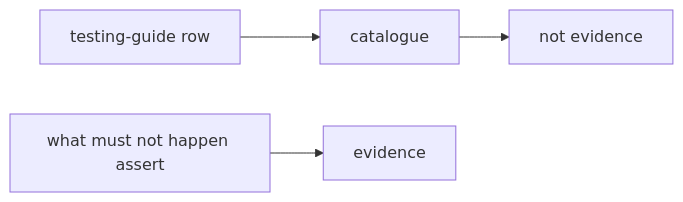
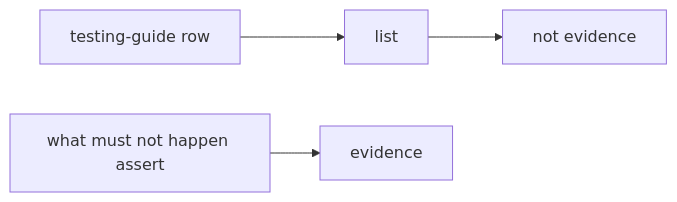
Before and after one commit to ishitvagoel/LearnSecurity: the second of 2 diagrams in content/modules/9/9.3/lessons/02-model.md, drawn with Mermaid. The commit also changed other lines of this file and 333 other files, not shown here.

````diff
--- a/content/modules/9/9.3/lessons/02-model.md
+++ b/content/modules/9/9.3/lessons/02-model.md
@@ -26,6 +26,6 @@
 ```mermaid
 flowchart LR
-  Guide[testing-guide row] --> Inventory[catalogue]
+  Guide[testing-guide row] --> Inventory[list]
   Pytest[what must not happen assert] --> Evidence[evidence]
   Inventory --> NotE[not evidence]
 ```
````
